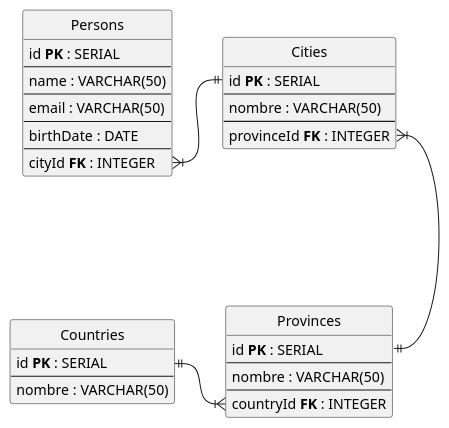
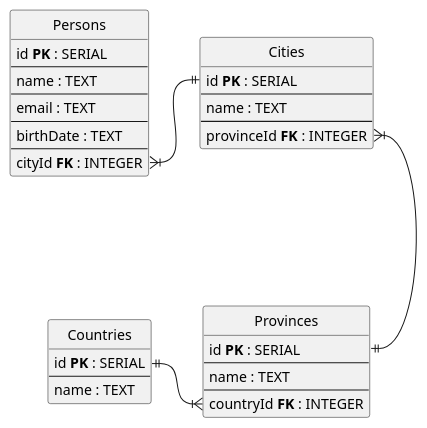
The diagram in der/der.puml (ImanolBarrionuevo/pedidosya-person-service), drawn with PlantUML before and after one commit. The commit also changed 1 other file, not shown here.

Commit message:
docs(schema): update ER diagram

```diff
--- a/der/der.puml
+++ b/der/der.puml
@@ -1,43 +1,43 @@
-@startuml agenciaPublicidad
+@startuml persons-service-der
 
 hide circle
 
 entity Persons {
     id **PK** : SERIAL
     ---
-    name : VARCHAR(50)
+    name : TEXT
     ---
-    email : VARCHAR(50)
+    email : TEXT
     ---
-    birthDate : DATE
+    birthDate : TEXT
     ---
     cityId **FK** : INTEGER
 }
 
 entity Cities {
     id **PK** : SERIAL
     ---
-    nombre : VARCHAR(50)
+    name : TEXT
     ---
     provinceId **FK** : INTEGER
 }
 
 entity Provinces {
     id **PK** : SERIAL
     ---
-    nombre : VARCHAR(50)
+    name : TEXT
     ---
     countryId **FK** : INTEGER
 }
 
 entity Countries {
     id **PK** : SERIAL
     ---
-    nombre : VARCHAR(50)
+    name : TEXT
 }
 
 Persons::cityId }|-right--||Cities::id
 Cities::provinceId }|-down--||Provinces::id
 Provinces::countryId }|-left--||Countries::id
 
 @enduml
```
